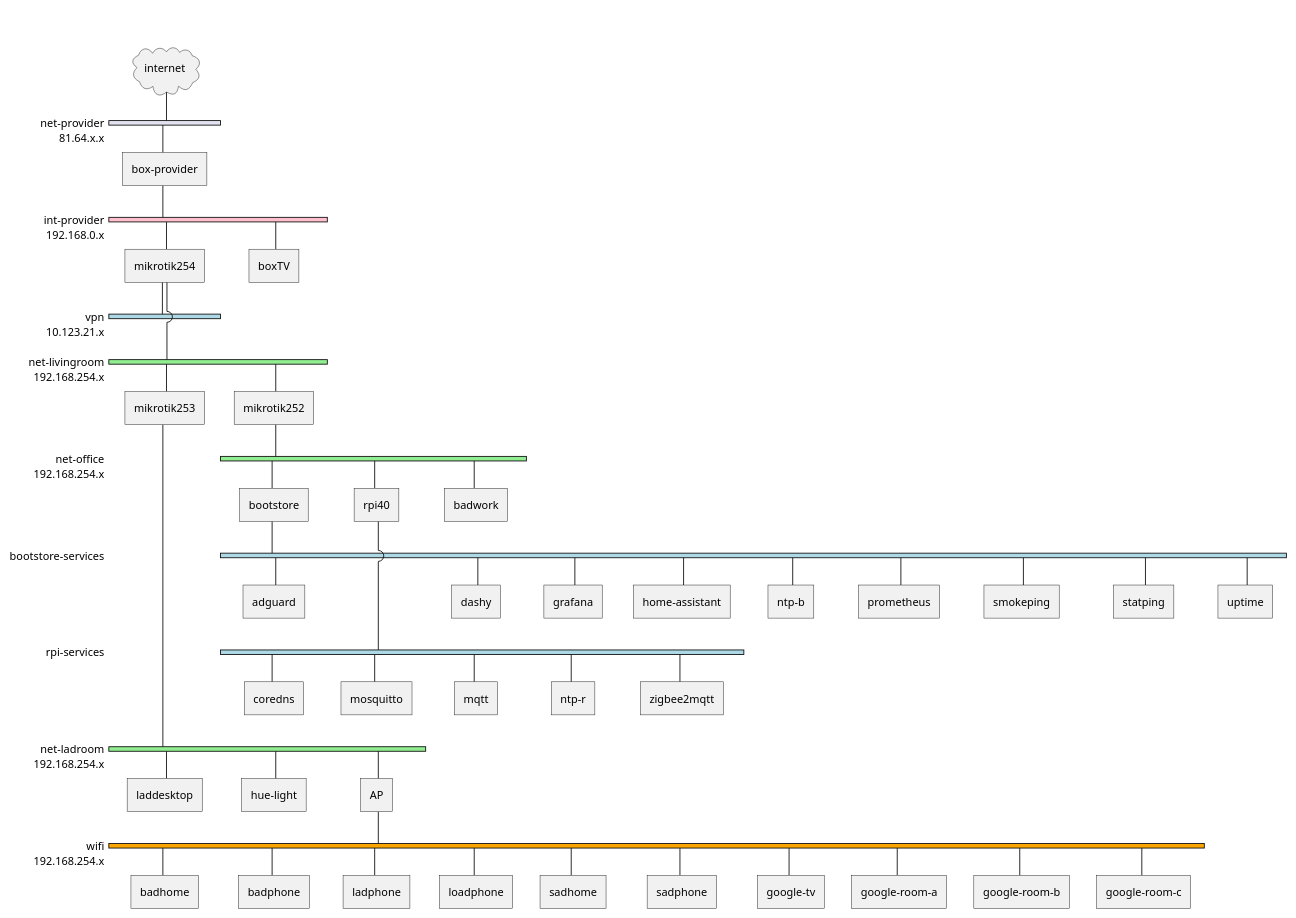
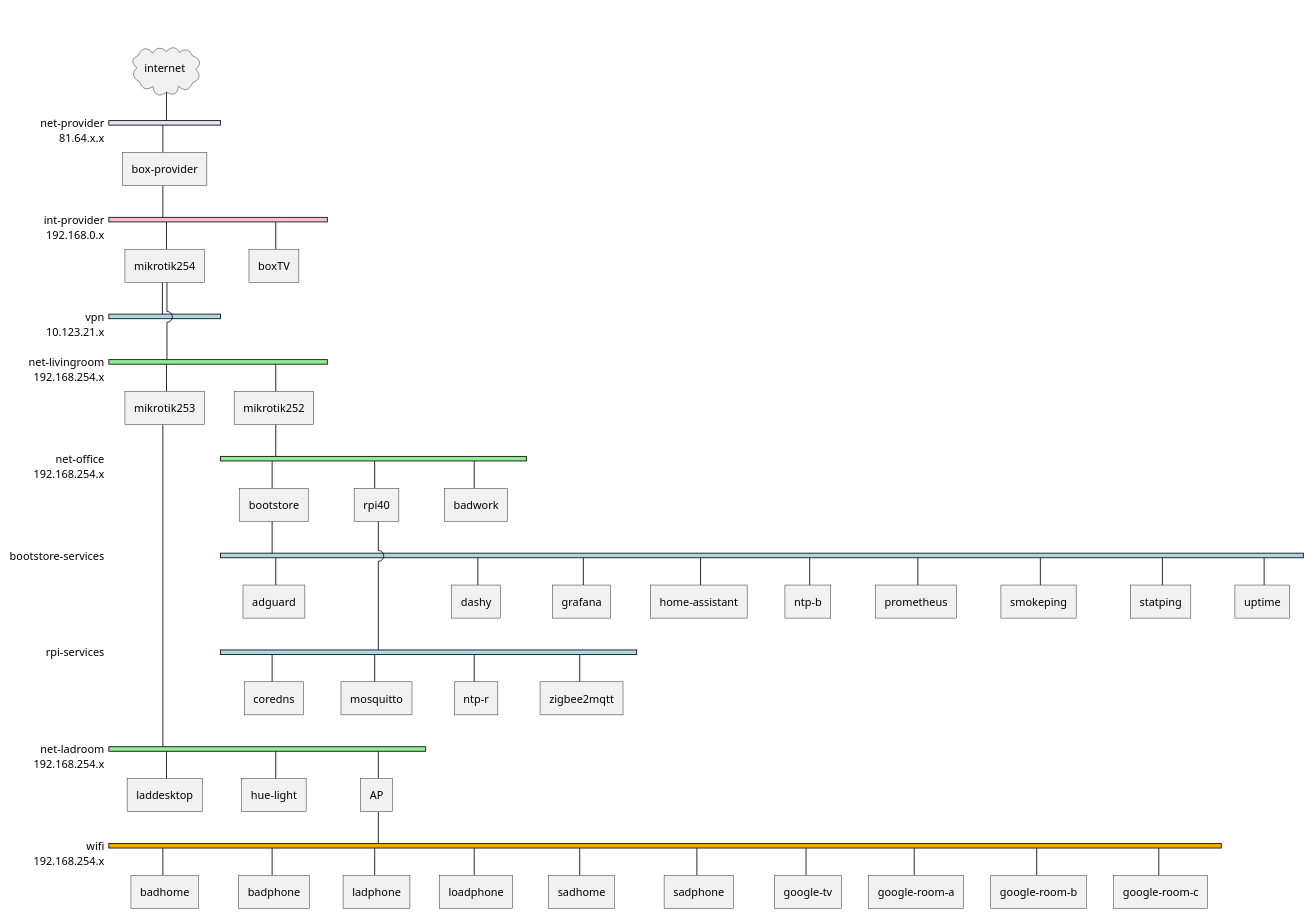
One commit to badele/nix-homelab changed the diagram in docs/network.puml. Above: the diagram before and after it, drawn with PlantUML. The commit also changed 1 other file, not shown here.

Commit message:
fix: remove plantuml mqtt entry

```diff
--- a/docs/network.puml
+++ b/docs/network.puml
@@ -1,92 +1,91 @@
 @startuml
 nwdiag {
     internet [shape = cloud];
   
     network net-provider {
     address = "81.64.x.x";
     box-provider;
     internet;
     }
 
     network int-provider{
         address = "192.168.0.x";
         color = "pink";
         box-provider;
         mikrotik254;
         boxTV;
     }
 
     network vpn {
     address = "10.123.21.x";
     color = "LightBlue";
     mikrotik254;
     }
 
     network net-livingroom {
     address = "192.168.254.x";
     color = "LightGreen";
         mikrotik254;
         mikrotik253;
         mikrotik252;
     }
 
     network net-office {
     address = "192.168.254.x";
     color = "LightGreen";
         bootstore;
         rpi40;
         badwork;
         mikrotik252;
     }
 
     network bootstore-services {
         color = "LightBlue";
         bootstore;
         adguard;
         dashy;
         grafana;
         home-assistant;
         ntp-b;
         prometheus;
         smokeping;
         statping;
         uptime;
     }
 
     network rpi-services {
         color = "LightBlue";
         rpi40;
         coredns;
         mosquitto
-        mqtt;
         ntp-r;
         zigbee2mqtt;
     }
     
     network net-ladroom {
     address = "192.168.254.x";
     color = "LightGreen";
         mikrotik253;
         laddesktop;
         hue-light;
         AP;
     }
 
     network wifi {
     address = "192.168.254.x";
     color = "Orange";
     AP;
     badhome;
     badphone;
     ladphone;
     loadphone;
     sadhome;
     sadphone;
 
         google-tv;
         google-room-a;
         google-room-b;
         google-room-c;
     }
 }
 @enduml
```
